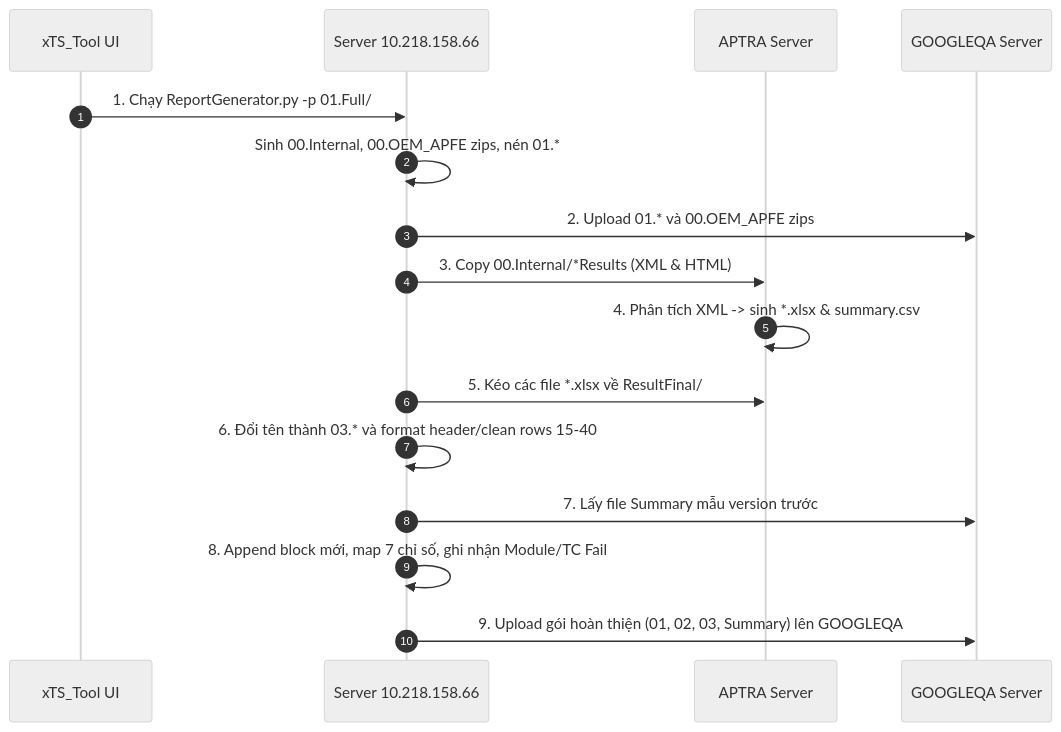
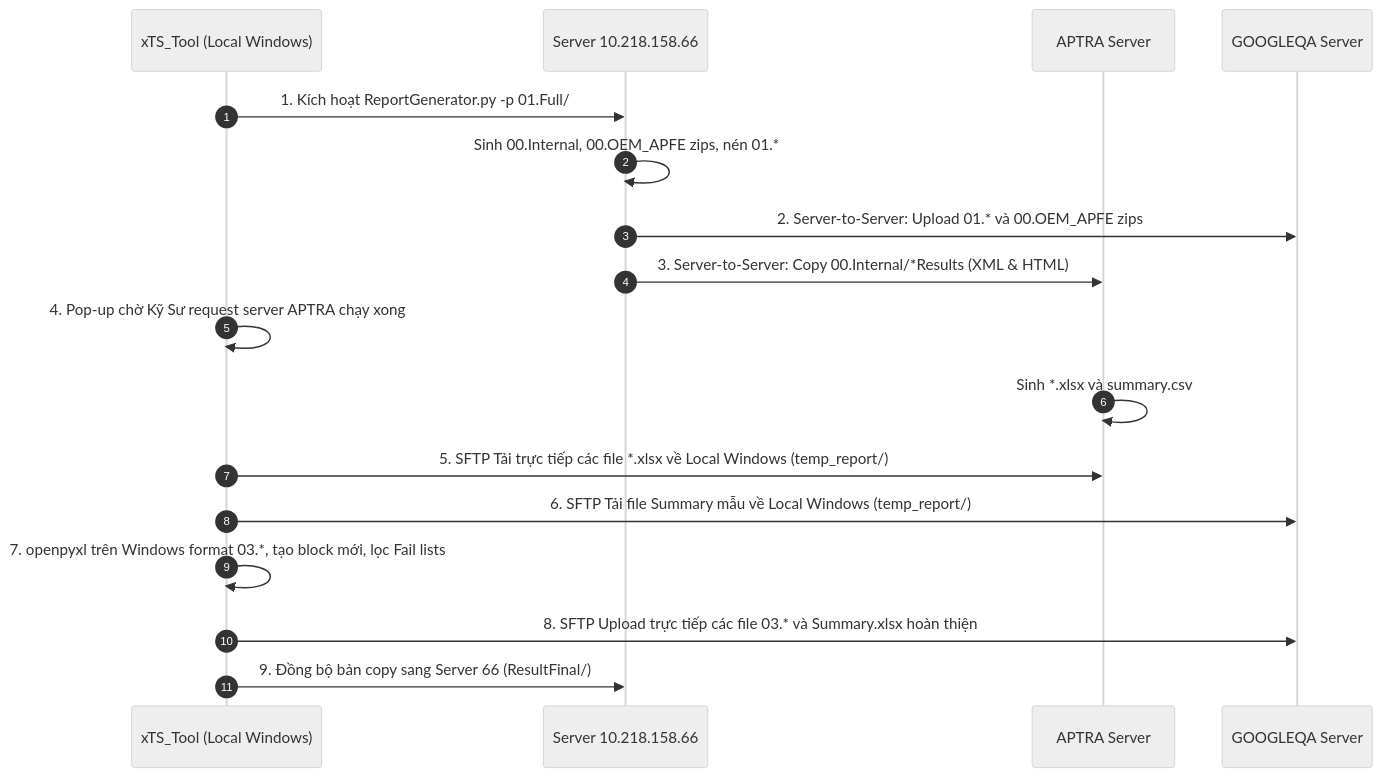
Before and after one commit to PhamDuc001/xTS_Tool: the diagram in docs/GenerateReport_Specification/README.md, drawn with Mermaid (neutral theme). The commit also changed other lines of this file and 5 other files, not shown here.

````diff
--- a/docs/GenerateReport_Specification/README.md
+++ b/docs/GenerateReport_Specification/README.md
@@ -20,19 +21,20 @@
 ```mermaid
 sequenceDiagram
     autonumber
-    participant UI as xTS_Tool UI
+    participant UI as xTS_Tool (Local Windows)
     participant S66 as Server 10.218.158.66
     participant APTRA as APTRA Server
     participant GQ as GOOGLEQA Server
 
-    UI->>S66: 1. Chạy ReportGenerator.py -p 01.Full/
+    UI->>S66: 1. Kích hoạt ReportGenerator.py -p 01.Full/
     S66->>S66: Sinh 00.Internal, 00.OEM_APFE zips, nén 01.*
-    S66->>GQ: 2. Upload 01.* và 00.OEM_APFE zips
-    S66->>APTRA: 3. Copy 00.Internal/*Results (XML & HTML)
-    APTRA->>APTRA: 4. Phân tích XML -> sinh *.xlsx & summary.csv
-    S66->>APTRA: 5. Kéo các file *.xlsx về ResultFinal/
-    S66->>S66: 6. Đổi tên thành 03.* và format header/clean rows 15-40
-    S66->>GQ: 7. Lấy file Summary mẫu version trước
-    S66->>S66: 8. Append block mới, map 7 chỉ số, ghi nhận Module/TC Fail
-    S66->>GQ: 9. Upload gói hoàn thiện (01, 02, 03, Summary) lên GOOGLEQA
+    S66->>GQ: 2. Server-to-Server: Upload 01.* và 00.OEM_APFE zips
+    S66->>APTRA: 3. Server-to-Server: Copy 00.Internal/*Results (XML & HTML)
+    UI->>UI: 4. Pop-up chờ Kỹ Sư request server APTRA chạy xong
+    APTRA->>APTRA: Sinh *.xlsx và summary.csv
+    UI->>APTRA: 5. SFTP Tải trực tiếp các file *.xlsx về Local Windows (temp_report/)
+    UI->>GQ: 6. SFTP Tải file Summary mẫu về Local Windows (temp_report/)
+    UI->>UI: 7. openpyxl trên Windows format 03.*, tạo block mới, lọc Fail lists
+    UI->>GQ: 8. SFTP Upload trực tiếp các file 03.* và Summary.xlsx hoàn thiện
+    UI->>S66: 9. Đồng bộ bản copy sang Server 66 (ResultFinal/)
 ```
````
